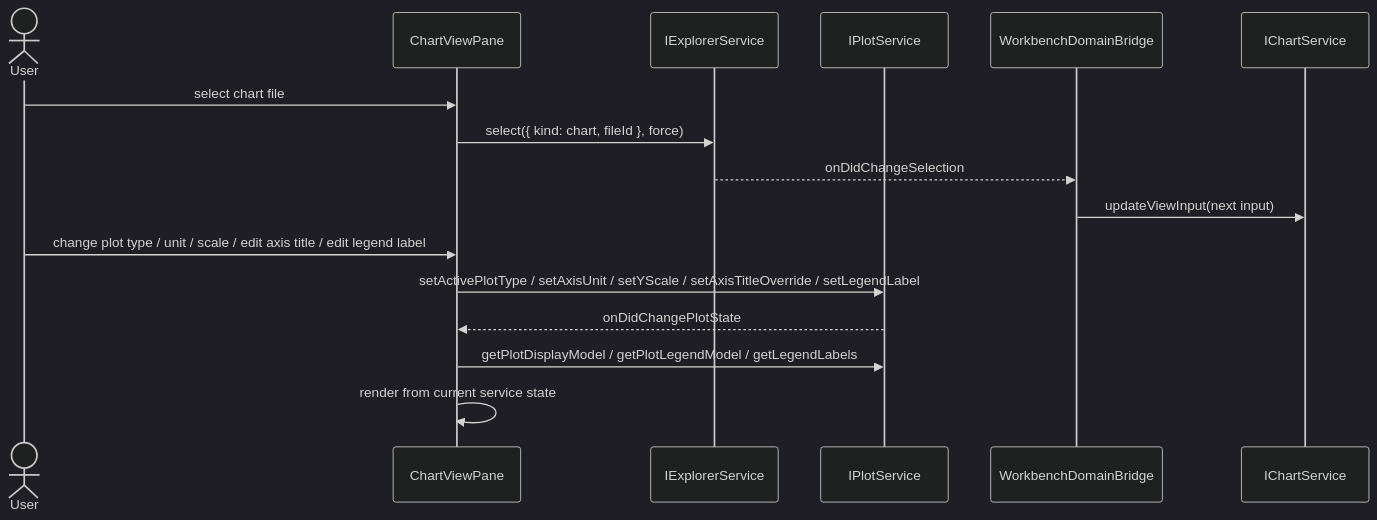
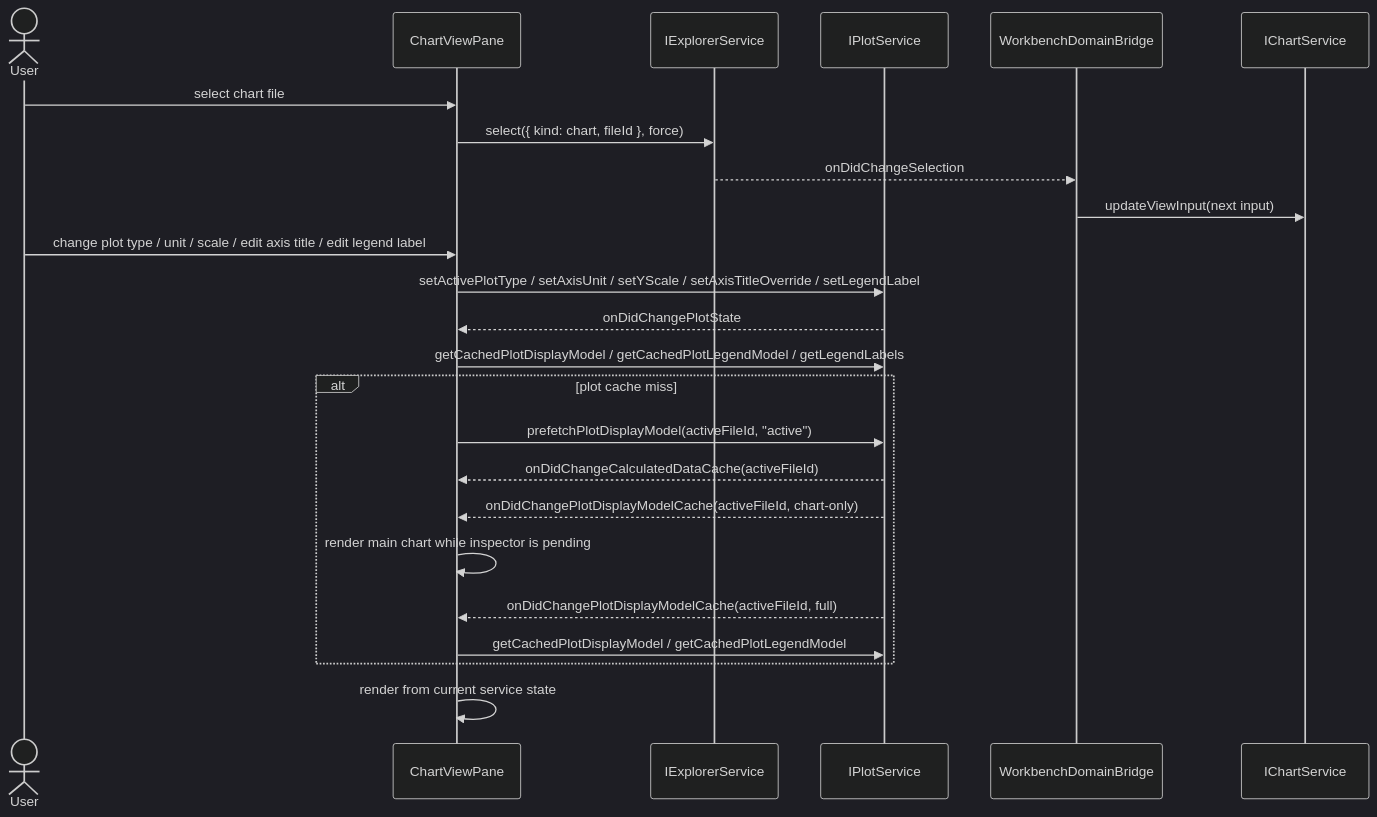
Before and after one commit to chogng/conductor: the second of 3 diagrams in .github/instructions/chart.instructions.md, drawn with Mermaid (dark theme). The commit also changed other lines of this file and 42 other files, not shown here.

````diff
--- a/.github/instructions/chart.instructions.md
+++ b/.github/instructions/chart.instructions.md
@@ -109,19 +109,27 @@
 ```mermaid
 sequenceDiagram
     actor User
     participant ChartViewPane
     participant ExplorerService as IExplorerService
     participant PlotService as IPlotService
     participant DomainBridge as WorkbenchDomainBridge
     participant ChartService as IChartService
 
     User->>ChartViewPane: select chart file
     ChartViewPane->>ExplorerService: select({ kind: chart, fileId }, force)
     ExplorerService-->>DomainBridge: onDidChangeSelection
     DomainBridge->>ChartService: updateViewInput(next input)
     User->>ChartViewPane: change plot type / unit / scale / edit axis title / edit legend label
     ChartViewPane->>PlotService: setActivePlotType / setAxisUnit / setYScale / setAxisTitleOverride / setLegendLabel
     PlotService-->>ChartViewPane: onDidChangePlotState
-    ChartViewPane->>PlotService: getPlotDisplayModel / getPlotLegendModel / getLegendLabels
+    ChartViewPane->>PlotService: getCachedPlotDisplayModel / getCachedPlotLegendModel / getLegendLabels
+    alt plot cache miss
+        ChartViewPane->>PlotService: prefetchPlotDisplayModel(activeFileId, "active")
+        PlotService-->>ChartViewPane: onDidChangeCalculatedDataCache(activeFileId)
+        PlotService-->>ChartViewPane: onDidChangePlotDisplayModelCache(activeFileId, chart-only)
+        ChartViewPane->>ChartViewPane: render main chart while inspector is pending
+        PlotService-->>ChartViewPane: onDidChangePlotDisplayModelCache(activeFileId, full)
+        ChartViewPane->>PlotService: getCachedPlotDisplayModel / getCachedPlotLegendModel
+    end
     ChartViewPane->>ChartViewPane: render from current service state
 ```
````
